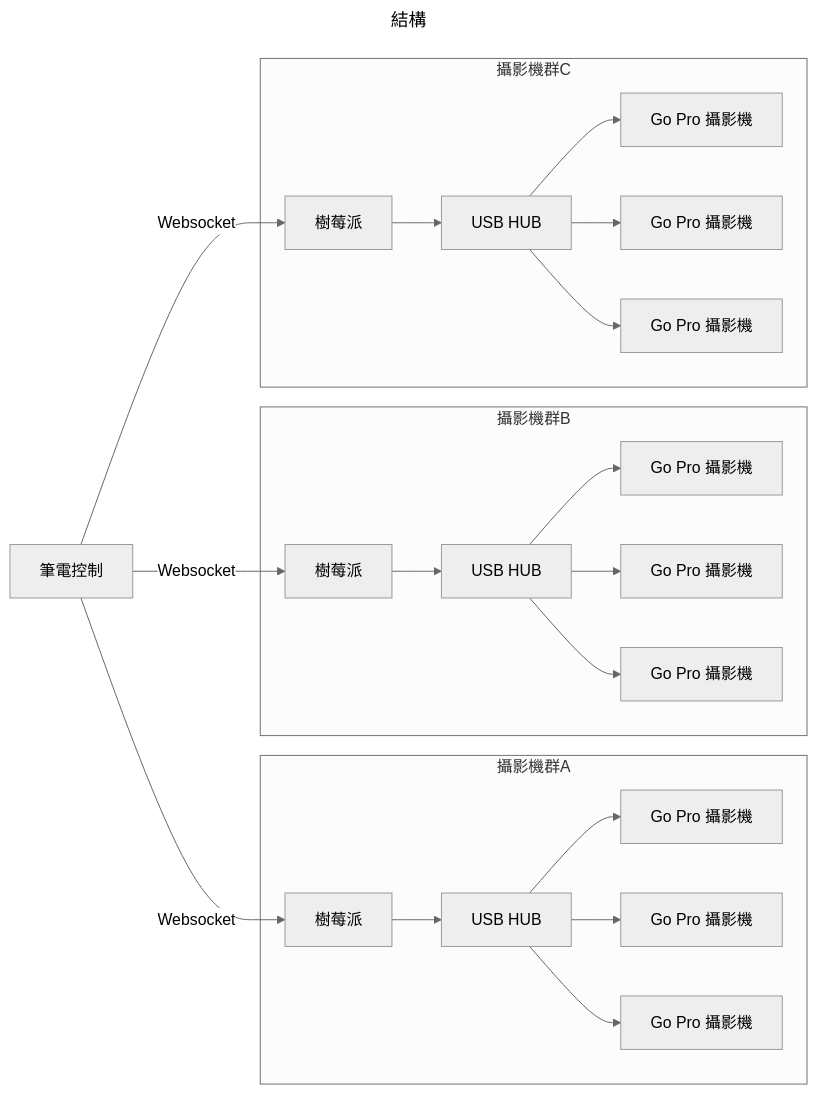
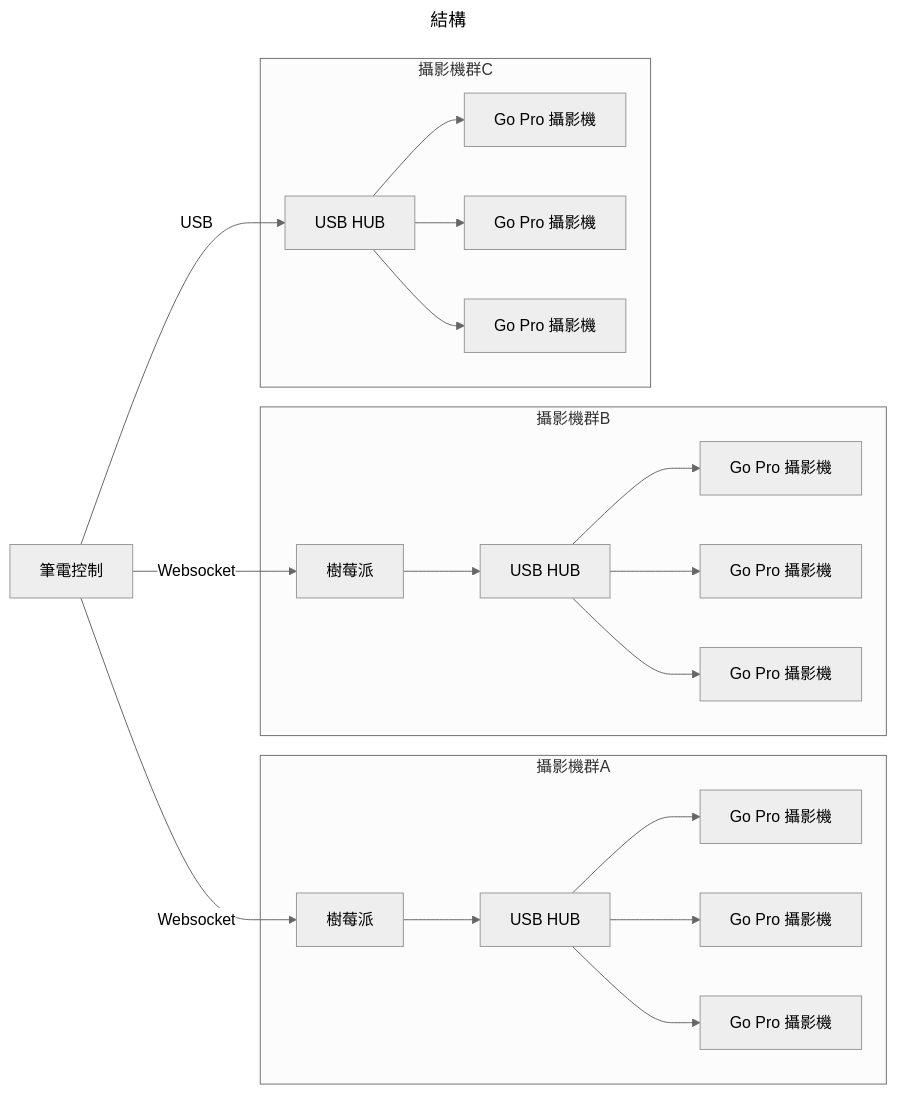
Before and after one commit to FuniqueVR/GoPro_Controller: the first of 2 diagrams in README.md, drawn with Mermaid (neutral theme). The commit also changed other lines of this file and 97 other files, not shown here.

````diff
--- a/README.md
+++ b/README.md
@@ -7,46 +36,44 @@
 ```mermaid
 ---
 title: 結構
 ---
 graph LR
     subgraph 攝影機群A
         CAMA1[Go Pro 攝影機];
         CAMA2[Go Pro 攝影機];
         CAMA3[Go Pro 攝影機];
         CAMAH[USB HUB];
         CAMAR[樹莓派];
 
         CAMAH-->CAMA1;
         CAMAH-->CAMA2;
         CAMAH-->CAMA3;
         CAMAR-->CAMAH;
     end
     subgraph 攝影機群B
         CAMB1[Go Pro 攝影機];
         CAMB2[Go Pro 攝影機];
         CAMB3[Go Pro 攝影機];
         CAMBH[USB HUB];
         CAMBR[樹莓派];
 
         CAMBH-->CAMB1;
         CAMBH-->CAMB2;
         CAMBH-->CAMB3;
         CAMBR-->CAMBH;
     end
     subgraph 攝影機群C
         CAMC1[Go Pro 攝影機];
         CAMC2[Go Pro 攝影機];
         CAMC3[Go Pro 攝影機];
         CAMCH[USB HUB];
-        CAMCR[樹莓派];
 
         CAMCH-->CAMC1;
         CAMCH-->CAMC2;
         CAMCH-->CAMC3;
-        CAMCR-->CAMCH;
     end
     L[筆電控制];
     L-->|Websocket|CAMAR;
     L-->|Websocket|CAMBR;
-    L-->|Websocket|CAMCR;
+    L-->|USB|CAMCH;
 ```
````
